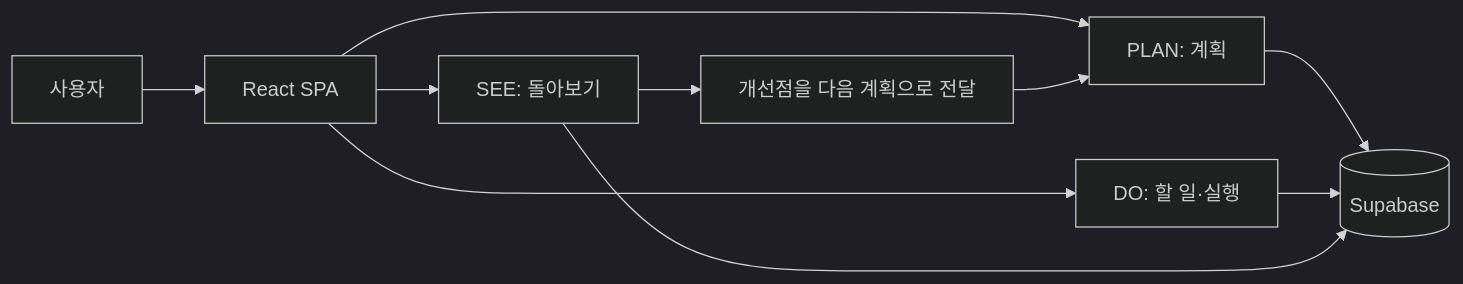
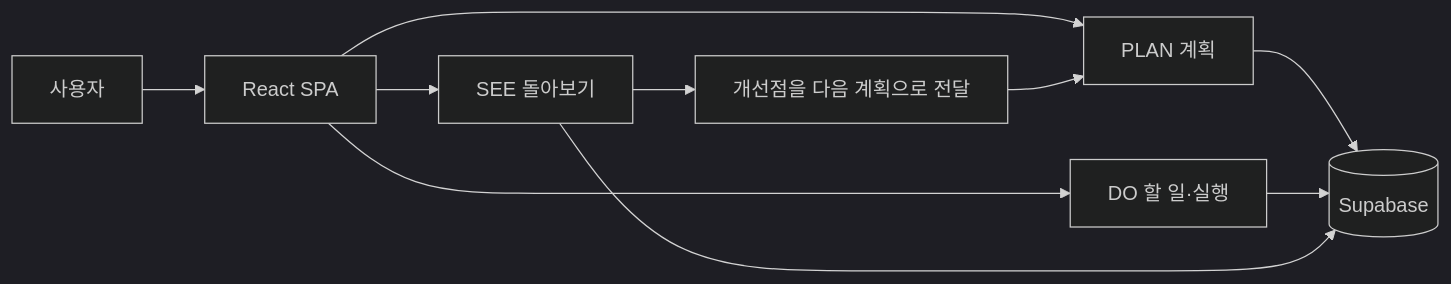
Before and after one commit to Gilin03/pds-diary: the first of 2 diagrams in README.md, drawn with Mermaid (dark theme). The commit also changed other lines of this file and 2 other files, not shown here.

````diff
--- a/README.md
+++ b/README.md
@@ -46,12 +47,12 @@
 ```mermaid
 flowchart LR
-    User["사용자"] --> App["React SPA"]
-    App --> Plan["PLAN: 계획"]
-    App --> Do["DO: 할 일·실행"]
-    App --> See["SEE: 돌아보기"]
-    Plan --> Data[("Supabase")]
+    User[사용자] --> App[React SPA]
+    App --> Plan[PLAN 계획]
+    App --> Do[DO 할 일·실행]
+    App --> See[SEE 돌아보기]
+    Plan --> Data[(Supabase)]
     Do --> Data
     See --> Data
-    See --> Next["개선점을 다음 계획으로 전달"]
+    See --> Next[개선점을 다음 계획으로 전달]
     Next --> Plan
 ```
````
